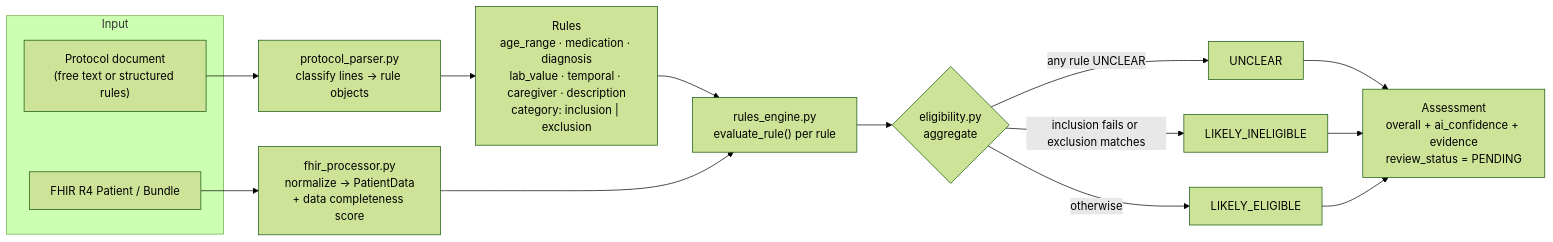
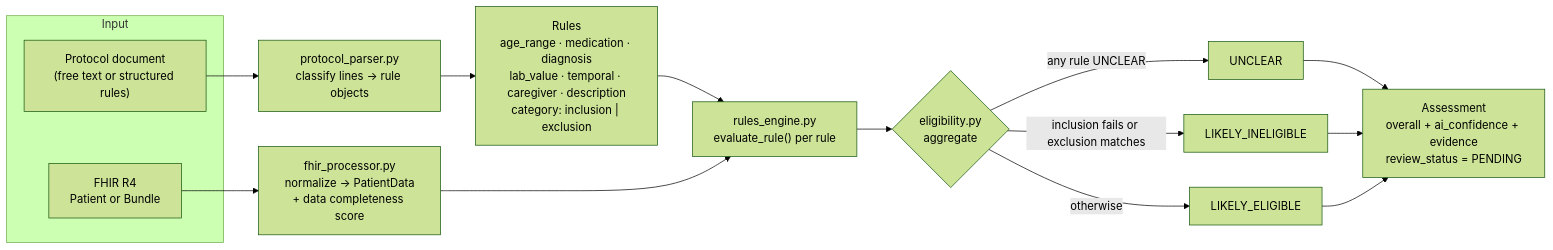
The fourth of 6 diagrams in CareMatch-SDD/README.md (CogKnowEdge-Solutions/Production-Layer), drawn with Mermaid (forest theme) before and after one commit. The commit also changed other lines of this file and 3 other files, not shown here.

````diff
--- a/CareMatch-SDD/README.md
+++ b/CareMatch-SDD/README.md
@@ -365,19 +434,19 @@
 ```mermaid
 flowchart LR
     subgraph INPUT["Input"]
         P["Protocol document<br/>(free text or structured rules)"]
-        F["FHIR R4 Patient / Bundle"]
+        F["FHIR R4<br/>Patient or Bundle"]
     end
     P --> PP["protocol_parser.py<br/>classify lines → rule objects"]
     PP --> RULES["Rules<br/>age_range · medication · diagnosis<br/>lab_value · temporal · caregiver · description<br/>category: inclusion | exclusion"]
     F --> FP["fhir_processor.py<br/>normalize → PatientData<br/>+ data completeness score"]
     RULES --> RE["rules_engine.py<br/>evaluate_rule() per rule"]
     FP --> RE
     RE --> AGG{"eligibility.py<br/>aggregate"}
     AGG -->|"any rule UNCLEAR"| U["UNCLEAR"]
     AGG -->|"inclusion fails or exclusion matches"| I["LIKELY_INELIGIBLE"]
     AGG -->|"otherwise"| E["LIKELY_ELIGIBLE"]
     U --> ASM["Assessment<br/>overall + ai_confidence + evidence<br/>review_status = PENDING"]
     I --> ASM
     E --> ASM
 ```
````
